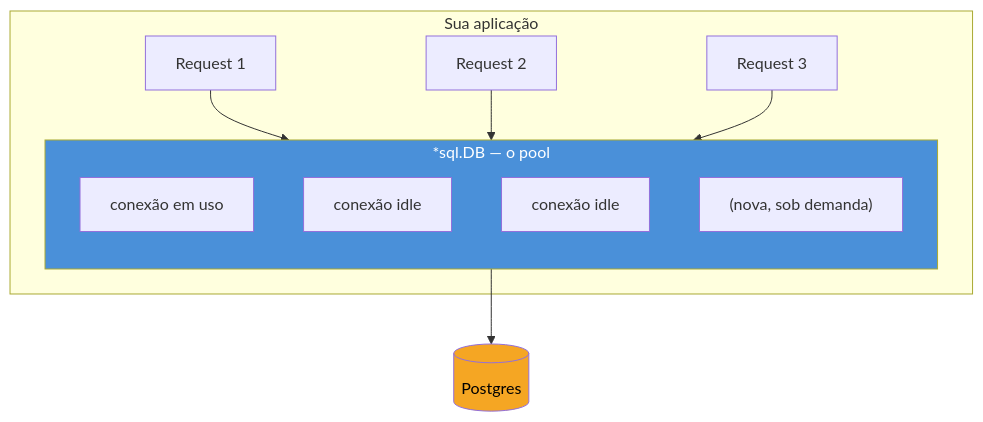
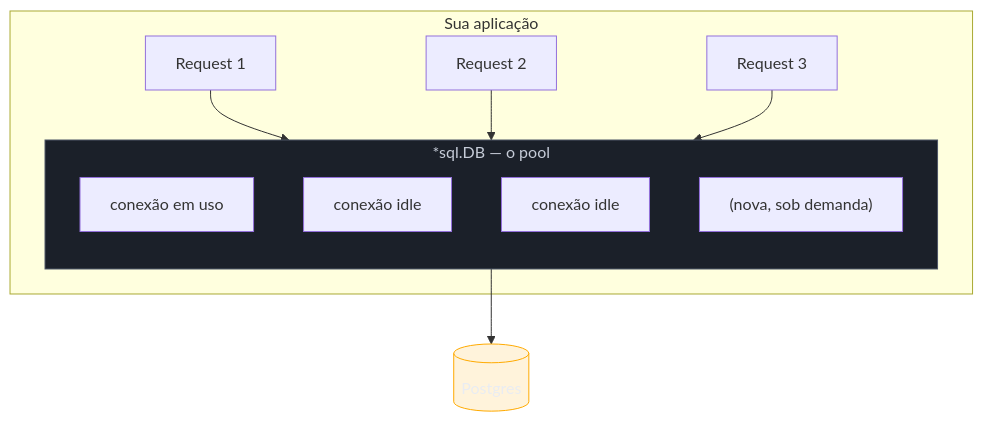
Before and after one commit to josenaldo/codex-technomanticus: the first of 2 diagrams in 03-Dominios/Tecnologia/Go/11 - Persistência/02 - Connection pool.md, drawn with Mermaid. The commit also changed other lines of this file and 1181 other files, not shown here.

First line of the commit message:
fix(diagramas): paleta do sistema no lugar de cor cravada no markdown

````diff
--- a/03-Dominios/Tecnologia/Go/11 - Persistência/02 - Connection pool.md
+++ b/03-Dominios/Tecnologia/Go/11 - Persistência/02 - Connection pool.md
@@ -41,21 +41,23 @@
 ```mermaid
 flowchart TB
+    classDef neutro fill:#1B2029,stroke:#4E5666,color:#C6CCD8
+    classDef destaque fill:#FFAA0024,stroke:#FFAA00,color:#E9ECF2
     subgraph App["Sua aplicação"]
         R1["Request 1"] --> DB
         R2["Request 2"] --> DB
         R3["Request 3"] --> DB
     end
 
     subgraph DB["*sql.DB — o pool"]
         direction TB
         C1["conexão em uso"]
         C2["conexão idle"]
         C3["conexão idle"]
         C4["(nova, sob demanda)"]
     end
 
     DB --> PG[("Postgres")]
 
-    style DB fill:#4A90D9,color:#fff
-    style PG fill:#F5A623,color:#000
+    class DB neutro
+    class PG destaque
 ```
````
